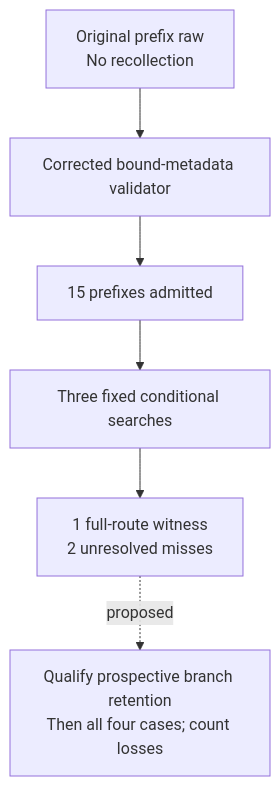
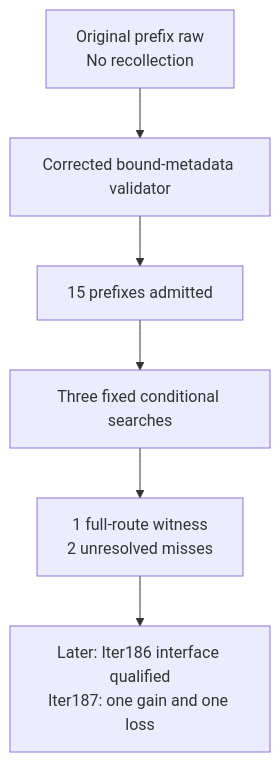
Before and after one commit to manfromnowhere143/sentinel: the tenth of 10 diagrams in docs/ARCHITECTURE.md, drawn with Mermaid. The commit also changed other lines of this file and 55 other files, not shown here.

Commit message:
Close early timing audit and redesign the README engine and progress diagrams

````diff
--- a/docs/ARCHITECTURE.md
+++ b/docs/ARCHITECTURE.md
@@ -731,10 +751,10 @@
 ```mermaid
 flowchart TB
   accTitle: Corrected conditional continuation audit
   accDescr: Independent admission yields one witness and two bounded misses.
   A["Original prefix raw<br/>No recollection"] --> B["Corrected bound-metadata validator"]
   B --> C["15 prefixes admitted"]
   C --> D["Three fixed conditional searches"]
   D --> E["1 full-route witness<br/>2 unresolved misses"]
-  E -. "proposed" .-> F["Qualify prospective branch retention<br/>Then all four cases; count losses"]
+  E --> F["Later: Iter186 interface qualified<br/>Iter187: one gain and one loss"]
 ```
````
